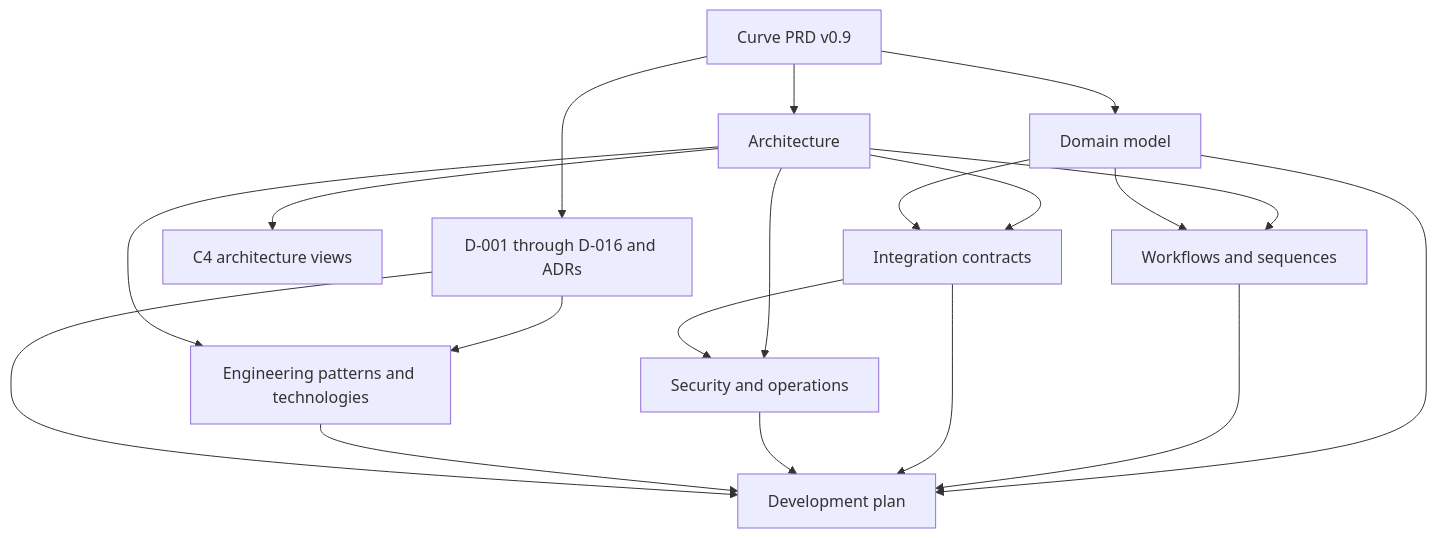
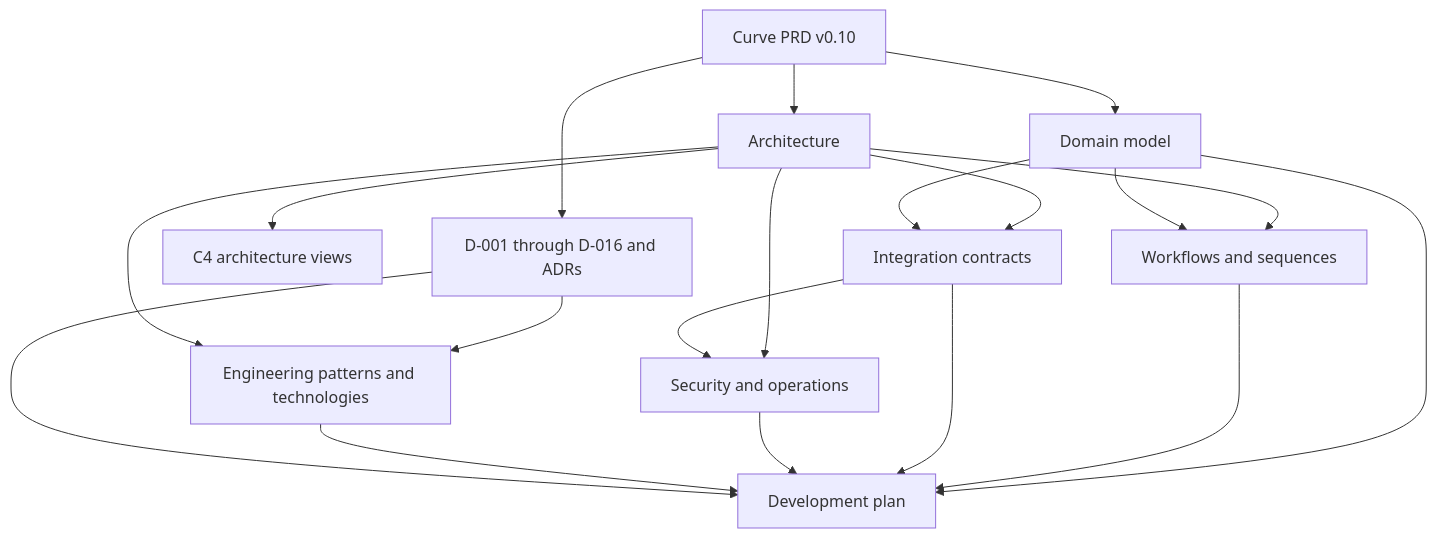
Before and after one commit to faocampo/curve: the diagram in docs/technical/README.md, drawn with Mermaid. The commit also changed other lines of this file and 19 other files, not shown here.

````diff
--- a/docs/technical/README.md
+++ b/docs/technical/README.md
@@ -96,21 +98,21 @@
 ```mermaid
 flowchart TD
-    prd["Curve PRD v0.9"] --> decisions["D-001 through D-016 and ADRs"]
+    prd["Curve PRD v0.10"] --> decisions["D-001 through D-016 and ADRs"]
     prd --> architecture[Architecture]
     architecture --> c4["C4 architecture views"]
     prd --> domain[Domain model]
     architecture --> workflows[Workflows and sequences]
     domain --> workflows
     architecture --> integrations[Integration contracts]
     domain --> integrations
     architecture --> security[Security and operations]
     integrations --> security
     decisions --> technology["Engineering patterns and technologies"]
     architecture --> technology
     domain --> plan[Development plan]
     workflows --> plan
     integrations --> plan
     security --> plan
     technology --> plan
     decisions --> plan
 ```
````
